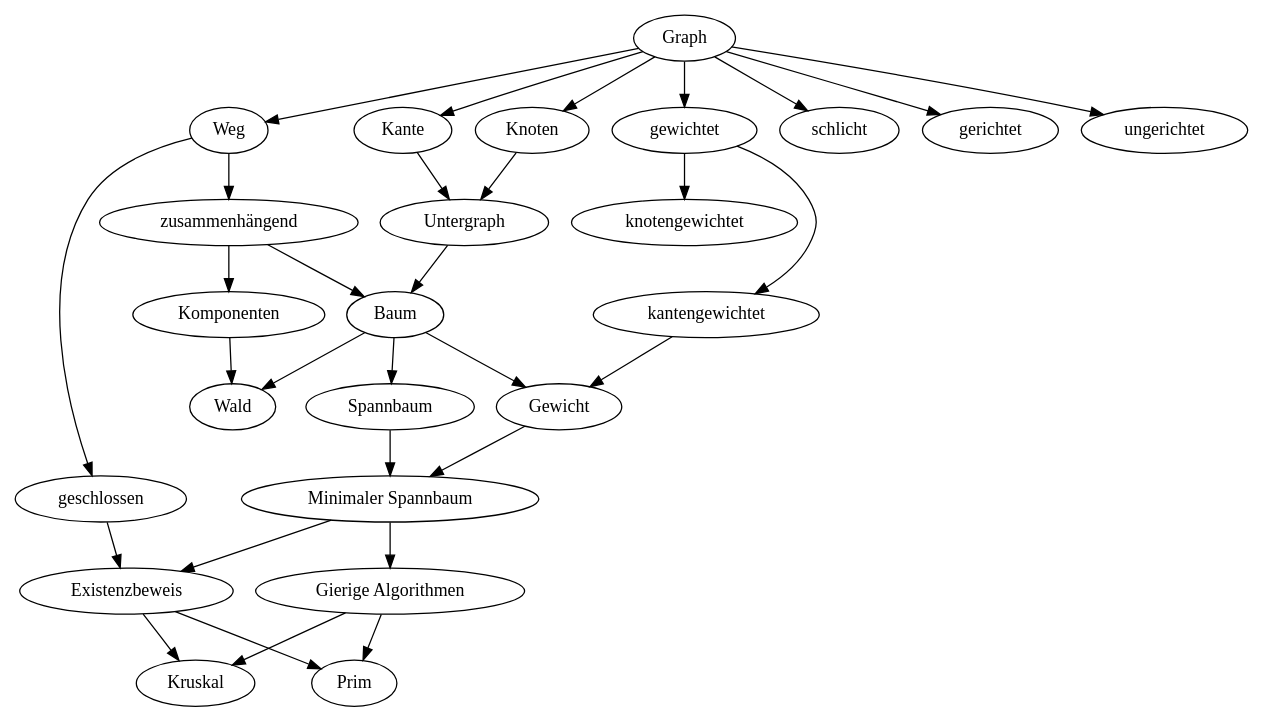
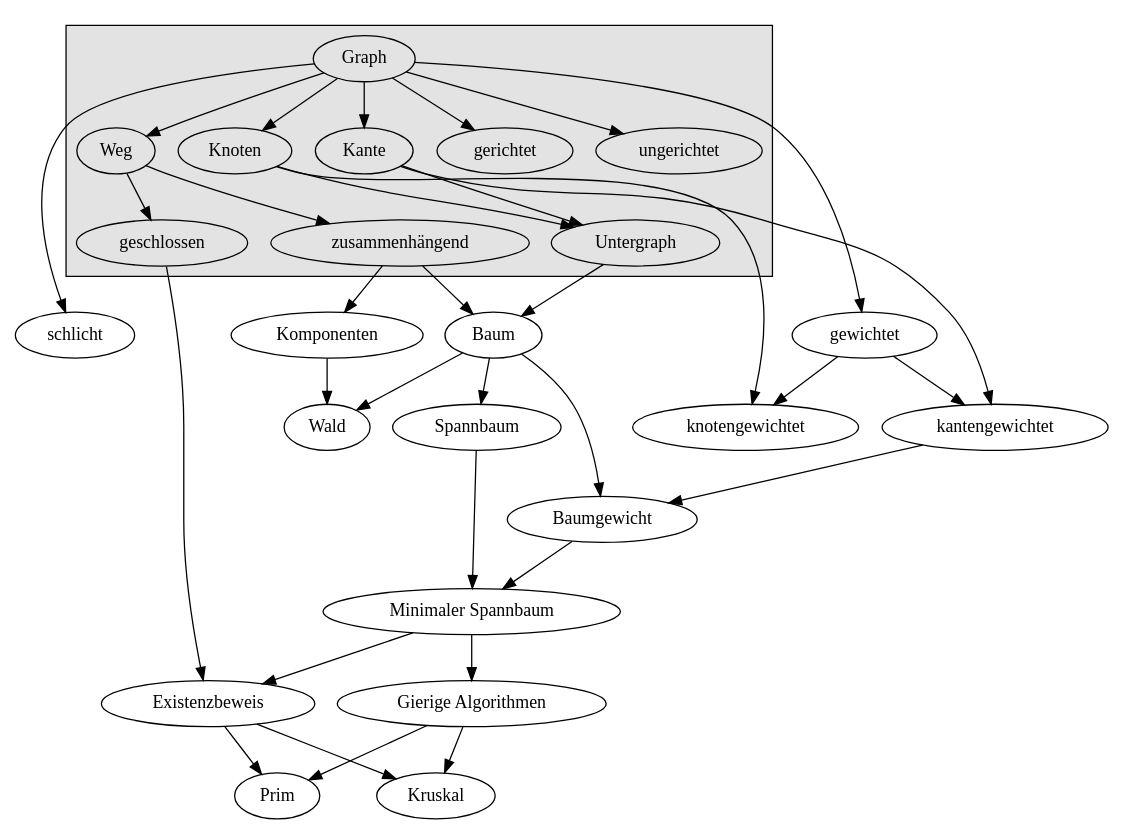
The diagram in graph/Lernziele.dot (microtherion/FD1_HS13_U1_GKMN), drawn with Graphviz before and after one commit. The commit also changed 1 other file, not shown here.

```diff
--- a/graph/Lernziele.dot
+++ b/graph/Lernziele.dot
@@ -1,34 +1,44 @@
 digraph C {
 	"Graph" -> "Knoten";
 	"Graph" -> "Kante";
 	"Graph" -> "schlicht";
 	"Graph" -> "gerichtet";
 	"Graph" -> "ungerichtet";
 	"Graph" -> "Weg";
 	"Weg" -> "zusammenhängend";
 	"Weg" -> "geschlossen";
 	"zusammenhängend" -> "Komponenten";	
 	"zusammenhängend" -> "Baum";
+	"zusammenhängend" -> "gewichtet" [style="invis"];
+	"zusammenhängend" -> "schlicht" [style="invis"];
 	"Graph" -> "gewichtet";
+	"Knoten" -> "knotengewichtet";
+	"Kante" -> "kantengewichtet";
 	"gewichtet" -> "knotengewichtet";
 	"gewichtet" -> "kantengewichtet";
 	"Knoten" -> "Untergraph";
 	"Kante" -> "Untergraph";
 	"Untergraph" -> "Baum";
 	"Baum" -> "Spannbaum";
 	"Baum" -> "Wald";
 	"Komponenten" -> "Wald";
 	"Baum" -> "Gewicht";
+	"Gewicht" [label="Baumgewicht"];
 	"Gewicht" -> "Minimaler Spannbaum";
 	"Spannbaum" -> "Minimaler Spannbaum";
 	"kantengewichtet" -> "Gewicht";
 	"Minimaler Spannbaum" -> "Hilfssatz";
 	"geschlossen" -> "Hilfssatz";
 	"Hilfssatz" [label="Existenzbeweis"];
 	"Minimaler Spannbaum" -> "gierig";
 	"gierig" [label="Gierige Algorithmen"];
 	"gierig" -> "Kruskal";
 	"gierig" -> "Prim";
 	"Hilfssatz" -> "Kruskal";
 	"Hilfssatz" -> "Prim";
+
+	subgraph clusterVorkenntnisse {
+		 graph [bgcolor="grey89"];
+		 "Graph"; "Knoten"; "Kante"; "gerichtet"; "ungerichtet"; "Weg"; "zusammenhängend"; "geschlossen"; "Untergraph";
+	}
 }
```
